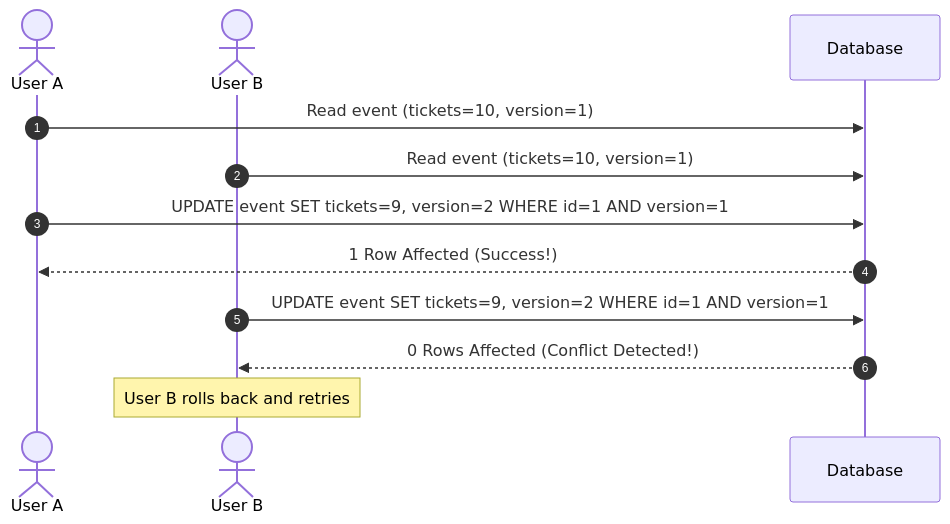
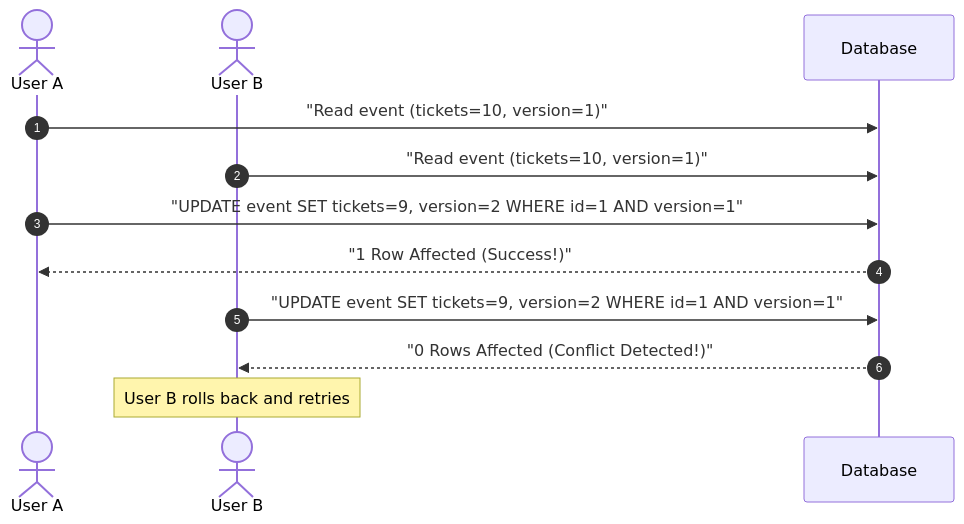
The second of 4 diagrams in Patterns/02_dealing_with_contention.md (weifengcao/deep_system_design), drawn with Mermaid before and after one commit. The commit also changed other lines of this file and 7 other files, not shown here.

First line of the commit message:
fix: resolve Mermaid diagram parsing errors across all pattern files

````diff
--- a/Patterns/02_dealing_with_contention.md
+++ b/Patterns/02_dealing_with_contention.md
@@ -67,15 +67,15 @@
 ```mermaid
 sequenceDiagram
     autonumber
     actor U1 as User A
     actor U2 as User B
     participant DB as Database
 
-    U1->>DB: Read event (tickets=10, version=1)
-    U2->>DB: Read event (tickets=10, version=1)
-    U1->>DB: UPDATE event SET tickets=9, version=2 WHERE id=1 AND version=1;
-    DB-->>U1: 1 Row Affected (Success!)
-    U2->>DB: UPDATE event SET tickets=9, version=2 WHERE id=1 AND version=1;
-    DB-->>U2: 0 Rows Affected (Conflict Detected!)
+    U1->>DB: "Read event (tickets=10, version=1)"
+    U2->>DB: "Read event (tickets=10, version=1)"
+    U1->>DB: "UPDATE event SET tickets=9, version=2 WHERE id=1 AND version=1"
+    DB-->>U1: "1 Row Affected (Success!)"
+    U2->>DB: "UPDATE event SET tickets=9, version=2 WHERE id=1 AND version=1"
+    DB-->>U2: "0 Rows Affected (Conflict Detected!)"
     Note over U2: User B rolls back and retries
 ```
````
